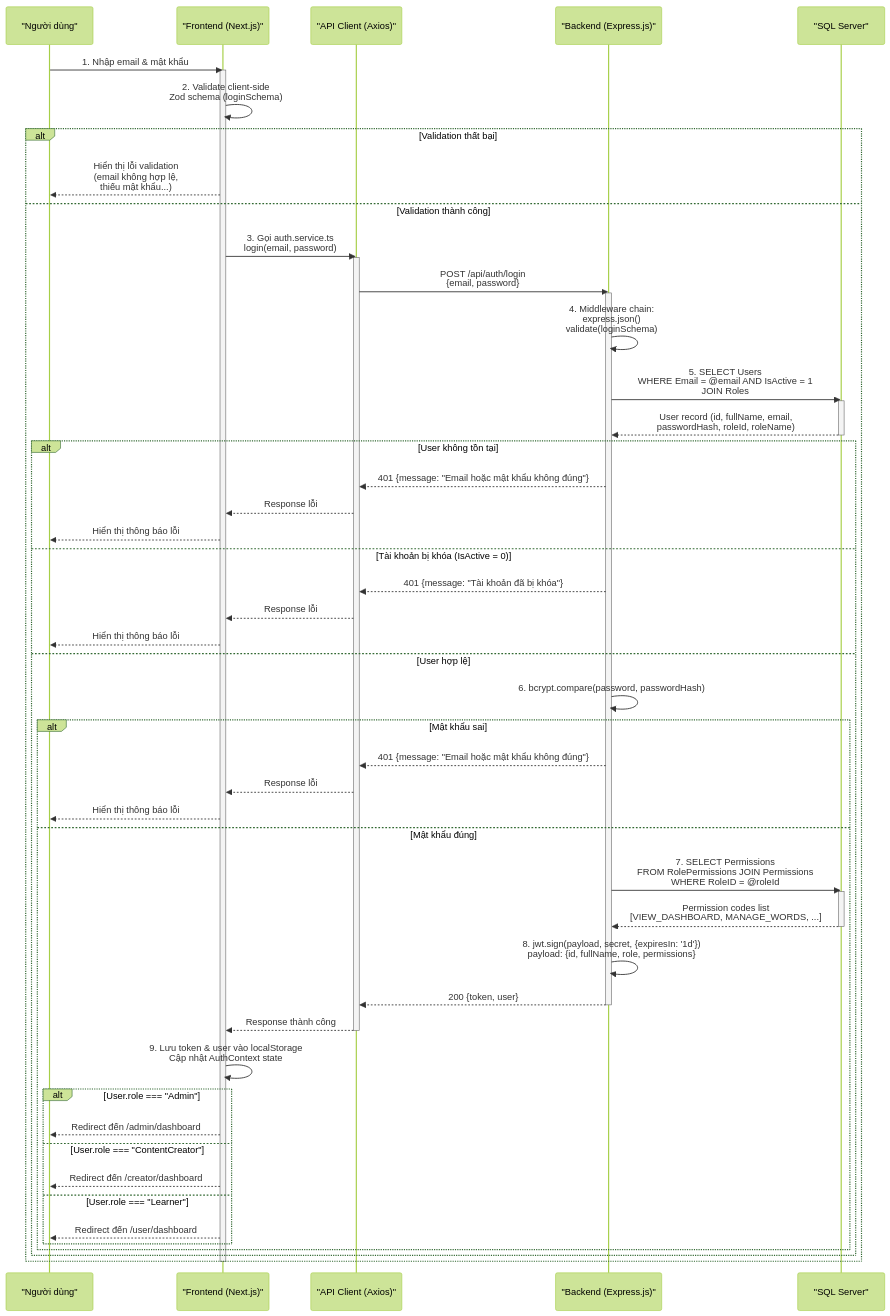
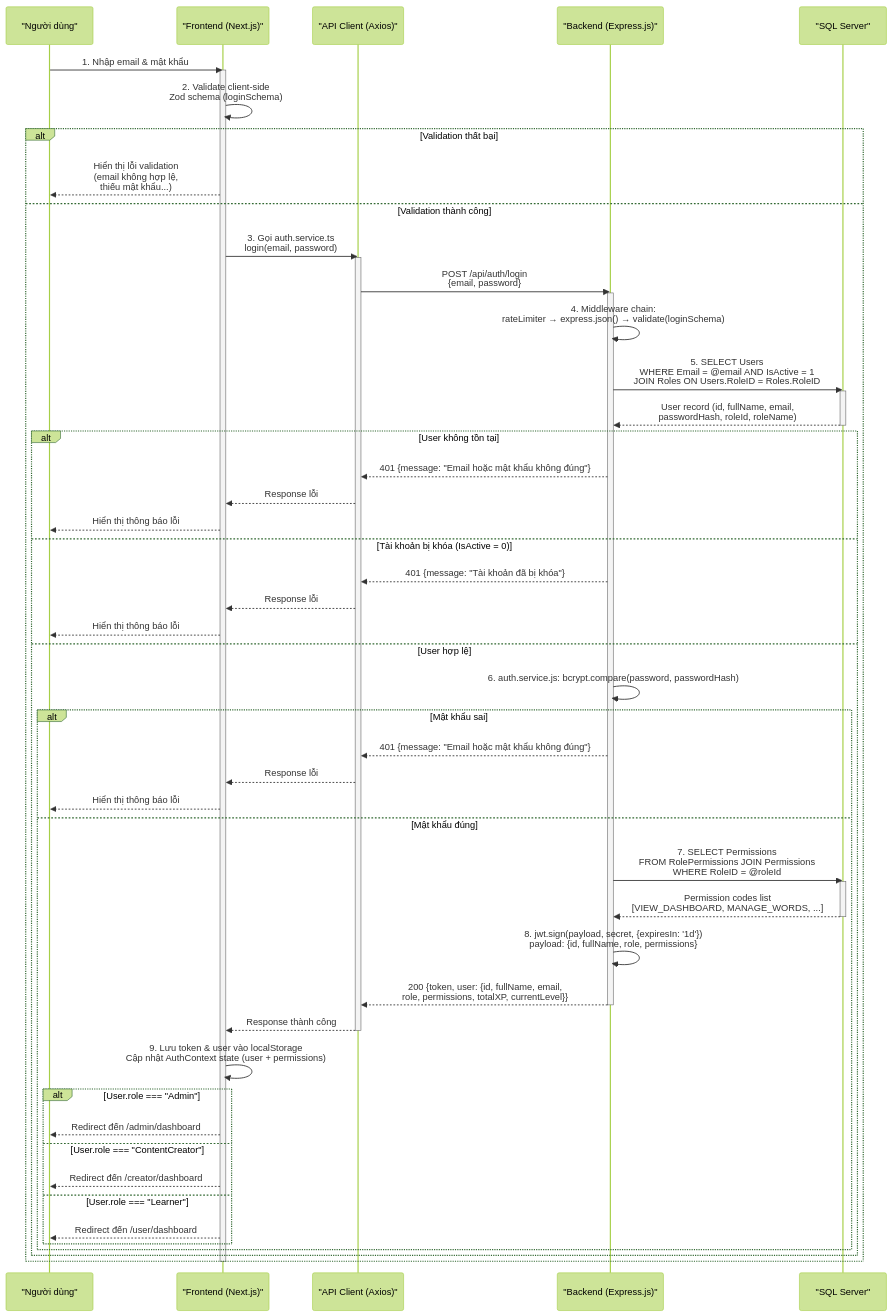
Before and after one commit to trduxng/vocab-practice: the diagram in document/mermaid/login_sequence.mmd, drawn with Mermaid (forest theme). The commit also changed 6 other files, not shown here.

Commit message:
docs: cập nhật và bổ sung sơ đồ mermaid (architecture, class diagram, sequence diagrams)

```diff
--- a/document/mermaid/login_sequence.mmd
+++ b/document/mermaid/login_sequence.mmd
@@ -1,69 +1,69 @@
 sequenceDiagram
     participant User as "Người dùng"
     participant FE as "Frontend (Next.js)"
     participant API as "API Client (Axios)"
     participant BE as "Backend (Express.js)"
     participant DB as "SQL Server"
 
     User->>FE: 1. Nhập email & mật khẩu
     activate FE
 
     FE->>FE: 2. Validate client-side<br/>Zod schema (loginSchema)
     alt Validation thất bại
         FE-->>User: Hiển thị lỗi validation<br/>(email không hợp lệ,<br/>thiếu mật khẩu...)
     else Validation thành công
         FE->>API: 3. Gọi auth.service.ts<br/>login(email, password)
         activate API
 
         API->>BE: POST /api/auth/login<br/>{email, password}
         activate BE
 
-        BE->>BE: 4. Middleware chain:<br/>express.json()<br/>validate(loginSchema)
+        BE->>BE: 4. Middleware chain:<br/>rateLimiter → express.json() → validate(loginSchema)
 
-        BE->>DB: 5. SELECT Users<br/>WHERE Email = @email AND IsActive = 1<br/>JOIN Roles
+        BE->>DB: 5. SELECT Users<br/>WHERE Email = @email AND IsActive = 1<br/>JOIN Roles ON Users.RoleID = Roles.RoleID
         activate DB
         DB-->>BE: User record (id, fullName, email,<br/>passwordHash, roleId, roleName)
         deactivate DB
 
         alt User không tồn tại
             BE-->>API: 401 {message: "Email hoặc mật khẩu không đúng"}
             API-->>FE: Response lỗi
             FE-->>User: Hiển thị thông báo lỗi
         else Tài khoản bị khóa (IsActive = 0)
             BE-->>API: 401 {message: "Tài khoản đã bị khóa"}
             API-->>FE: Response lỗi
             FE-->>User: Hiển thị thông báo lỗi
         else User hợp lệ
-            BE->>BE: 6. bcrypt.compare(password, passwordHash)
+            BE->>BE: 6. auth.service.js: bcrypt.compare(password, passwordHash)
 
             alt Mật khẩu sai
                 BE-->>API: 401 {message: "Email hoặc mật khẩu không đúng"}
                 API-->>FE: Response lỗi
                 FE-->>User: Hiển thị thông báo lỗi
             else Mật khẩu đúng
                 BE->>DB: 7. SELECT Permissions<br/>FROM RolePermissions JOIN Permissions<br/>WHERE RoleID = @roleId
                 activate DB
                 DB-->>BE: Permission codes list<br/>[VIEW_DASHBOARD, MANAGE_WORDS, ...]
                 deactivate DB
 
                 BE->>BE: 8. jwt.sign(payload, secret, {expiresIn: '1d'})<br/>payload: {id, fullName, role, permissions}
 
-                BE-->>API: 200 {token, user}
+                BE-->>API: 200 {token, user: {id, fullName, email,<br/>role, permissions, totalXP, currentLevel}}
                 deactivate BE
 
                 API-->>FE: Response thành công
                 deactivate API
 
-                FE->>FE: 9. Lưu token & user vào localStorage<br/>Cập nhật AuthContext state
+                FE->>FE: 9. Lưu token & user vào localStorage<br/>Cập nhật AuthContext state (user + permissions)
 
                 alt User.role === "Admin"
                     FE-->>User: Redirect đến /admin/dashboard
                 else User.role === "ContentCreator"
                     FE-->>User: Redirect đến /creator/dashboard
                 else User.role === "Learner"
                     FE-->>User: Redirect đến /user/dashboard
                 end
             end
         end
     end
     deactivate FE
```
